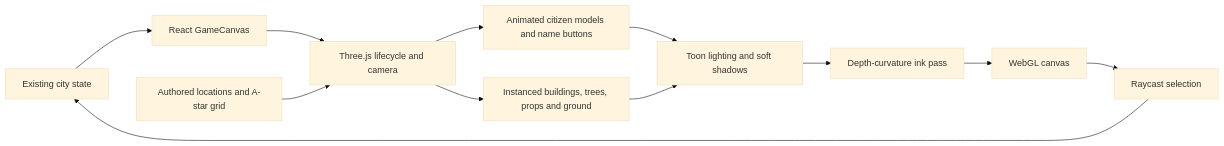
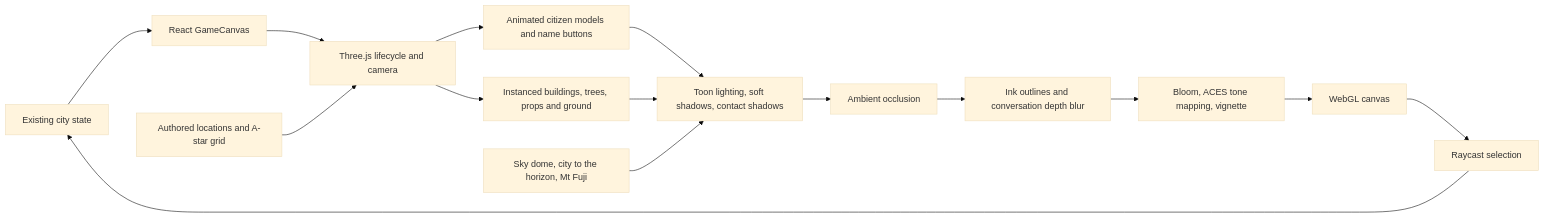
Before and after one commit to Abby263/ai-agent-city-game: the diagram in docs/3d-town.md, drawn with Mermaid (base theme). The commit also changed other lines of this file and 16 other files, not shown here.

````diff
--- a/docs/3d-town.md
+++ b/docs/3d-town.md
@@ -19,14 +19,17 @@
 ```mermaid
 flowchart LR
   World[Existing city state] --> Canvas[React GameCanvas]
   Canvas --> Renderer[Three.js lifecycle and camera]
   Layout[Authored locations and A-star grid] --> Renderer
   Renderer --> Models[Animated citizen models and name buttons]
   Renderer --> Town[Instanced buildings, trees, props and ground]
-  Models --> Frame[Toon lighting and soft shadows]
+  Models --> Frame[Toon lighting, soft shadows, contact shadows]
   Town --> Frame
-  Frame --> Ink[Depth-curvature ink pass]
-  Ink --> Screen[WebGL canvas]
+  Horizon[Sky dome, city to the horizon, Mt Fuji] --> Frame
+  Frame --> AO[Ambient occlusion]
+  AO --> Ink[Ink outlines and conversation depth blur]
+  Ink --> Grade[Bloom, ACES tone mapping, vignette]
+  Grade --> Screen[WebGL canvas]
   Screen --> Select[Raycast selection]
   Select --> World
 ```
````
